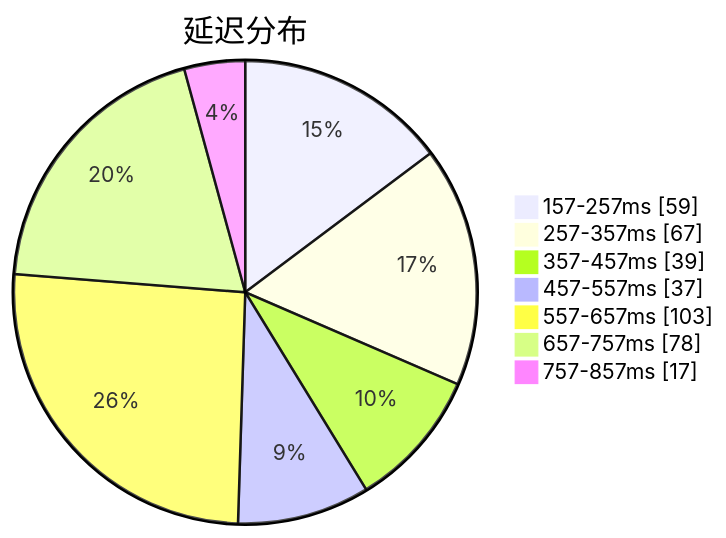
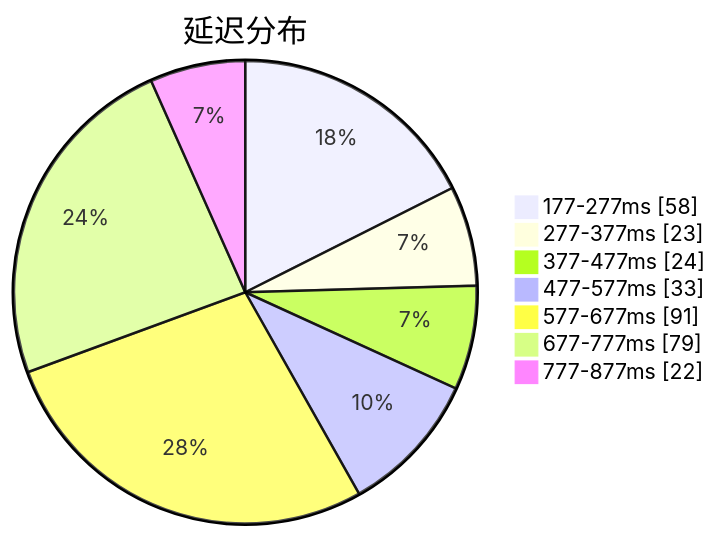
Before and after one commit to qjlxg/airport: the first of 3 diagrams in subs/statistics/tested_within.md, drawn with Mermaid. The commit also changed other lines of this file and 2 other files, not shown here.

Commit message:
Tested by metaST

````diff
--- a/subs/statistics/tested_within.md
+++ b/subs/statistics/tested_within.md
@@ -2,11 +2,11 @@
 ```mermaid
 pie showData
 title 延迟分布
-"157-257ms" : 59
-"257-357ms" : 67
-"357-457ms" : 39
-"457-557ms" : 37
-"557-657ms" : 103
-"657-757ms" : 78
-"757-857ms" : 17
+"177-277ms" : 58
+"277-377ms" : 23
+"377-477ms" : 24
+"477-577ms" : 33
+"577-677ms" : 91
+"677-777ms" : 79
+"777-877ms" : 22
 ```
````
